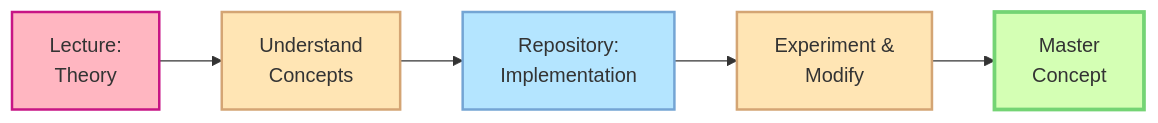
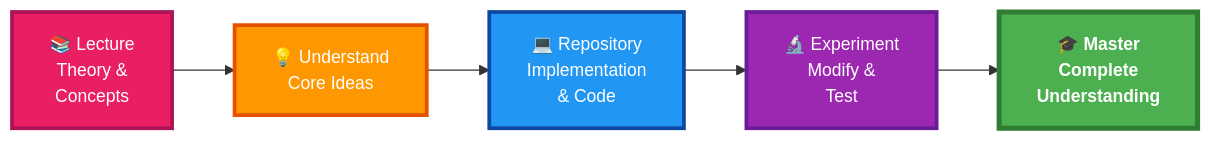
The fourth of 7 diagrams in MAI_STUDENT_GUIDE.md (nexageapps/AI), drawn with Mermaid before and after one commit. The commit also changed other lines of this file, not shown here.

````diff
--- a/MAI_STUDENT_GUIDE.md
+++ b/MAI_STUDENT_GUIDE.md
@@ -370,12 +370,13 @@
 ```mermaid
 graph LR
-    Theory[Lecture:<br/>Theory]:::theory --> Understand[Understand<br/>Concepts]:::step
-    Understand --> Implement[Repository:<br/>Implementation]:::practice
-    Implement --> Experiment[Experiment &<br/>Modify]:::step
-    Experiment --> Master[Master<br/>Concept]:::master
+    Theory["📚 Lecture<br/>Theory &<br/>Concepts"]:::theory --> Understand["💡 Understand<br/>Core Ideas"]:::understand
+    Understand --> Implement["💻 Repository<br/>Implementation<br/>& Code"]:::implement
+    Implement --> Experiment["🔬 Experiment<br/>Modify &<br/>Test"]:::experiment
+    Experiment --> Master["🎓 Master<br/>Complete<br/>Understanding"]:::master
     
-    classDef theory fill:#FFB6C1,stroke:#C71585,stroke-width:2px
-    classDef practice fill:#B4E5FF,stroke:#74A5D4,stroke-width:2px
-    classDef step fill:#FFE5B4,stroke:#D4A574,stroke-width:2px
-    classDef master fill:#D4FFB4,stroke:#74D474,stroke-width:3px
+    classDef theory fill:#E91E63,stroke:#AD1457,stroke-width:3px,color:#fff,font-size:14px
+    classDef understand fill:#FF9800,stroke:#E65100,stroke-width:3px,color:#fff,font-size:14px
+    classDef implement fill:#2196F3,stroke:#0D47A1,stroke-width:3px,color:#fff,font-size:14px
+    classDef experiment fill:#9C27B0,stroke:#6A1B9A,stroke-width:3px,color:#fff,font-size:14px
+    classDef master fill:#4CAF50,stroke:#2E7D32,stroke-width:4px,color:#fff,font-size:14px,font-weight:bold
 ```
````
